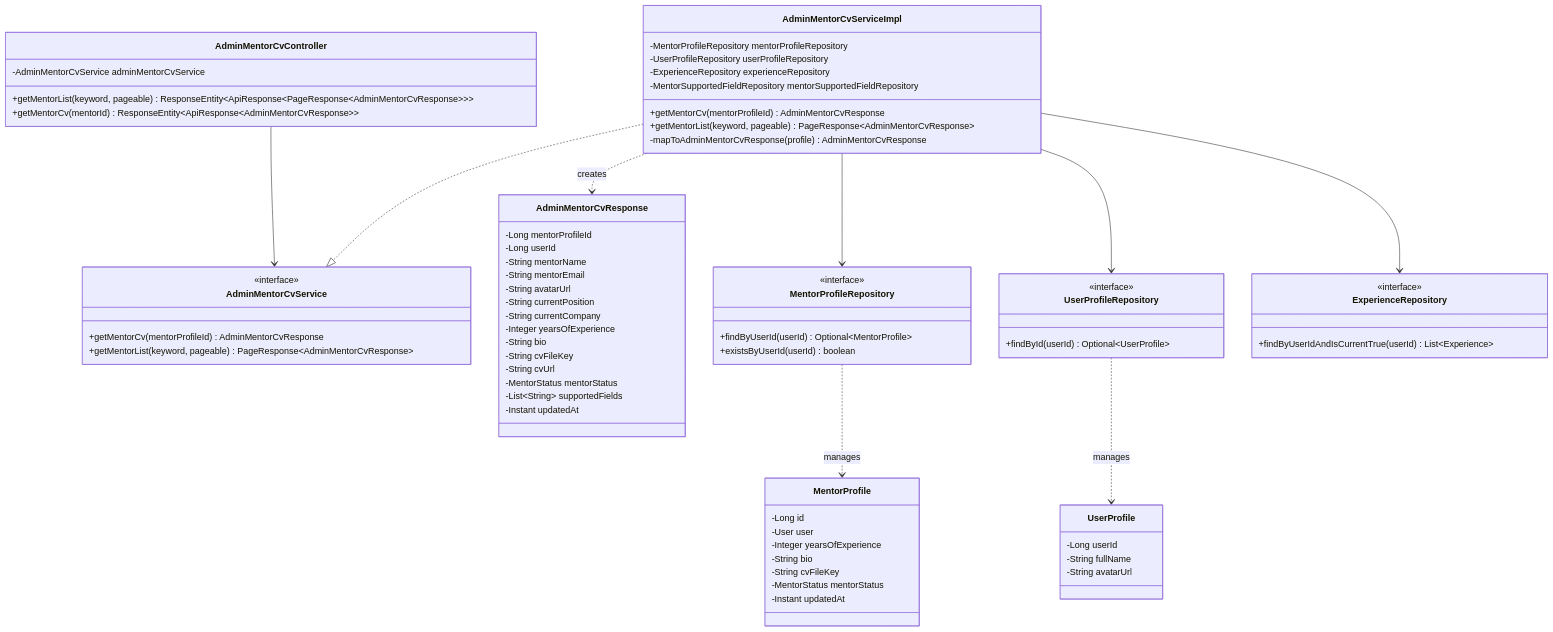
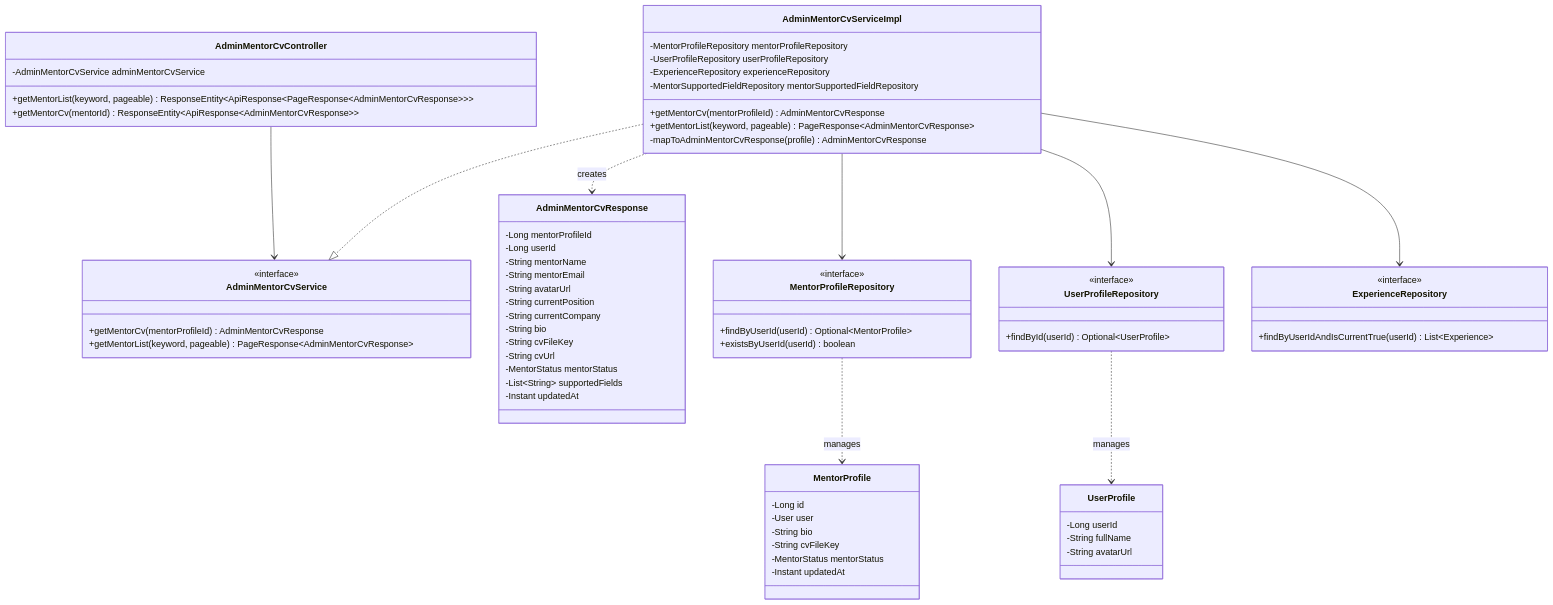
Before and after one commit to Alumnect/Alumnect: the second of 3 diagrams in docs/update_SRS/SRS_UC_96_View_Mentor_CV.md, drawn with Mermaid. The commit also changed other lines of this file and 57 other files, not shown here.

```diff
--- a/docs/update_SRS/SRS_UC_96_View_Mentor_CV.md
+++ b/docs/update_SRS/SRS_UC_96_View_Mentor_CV.md
@@ -154,7 +154,6 @@
         -String avatarUrl
         -String currentPosition
         -String currentCompany
-        -Integer yearsOfExperience
         -String bio
         -String cvFileKey
         -String cvUrl
@@ -184,7 +183,6 @@
     class MentorProfile {
         -Long id
         -User user
-        -Integer yearsOfExperience
         -String bio
         -String cvFileKey
         -MentorStatus mentorStatus
```
